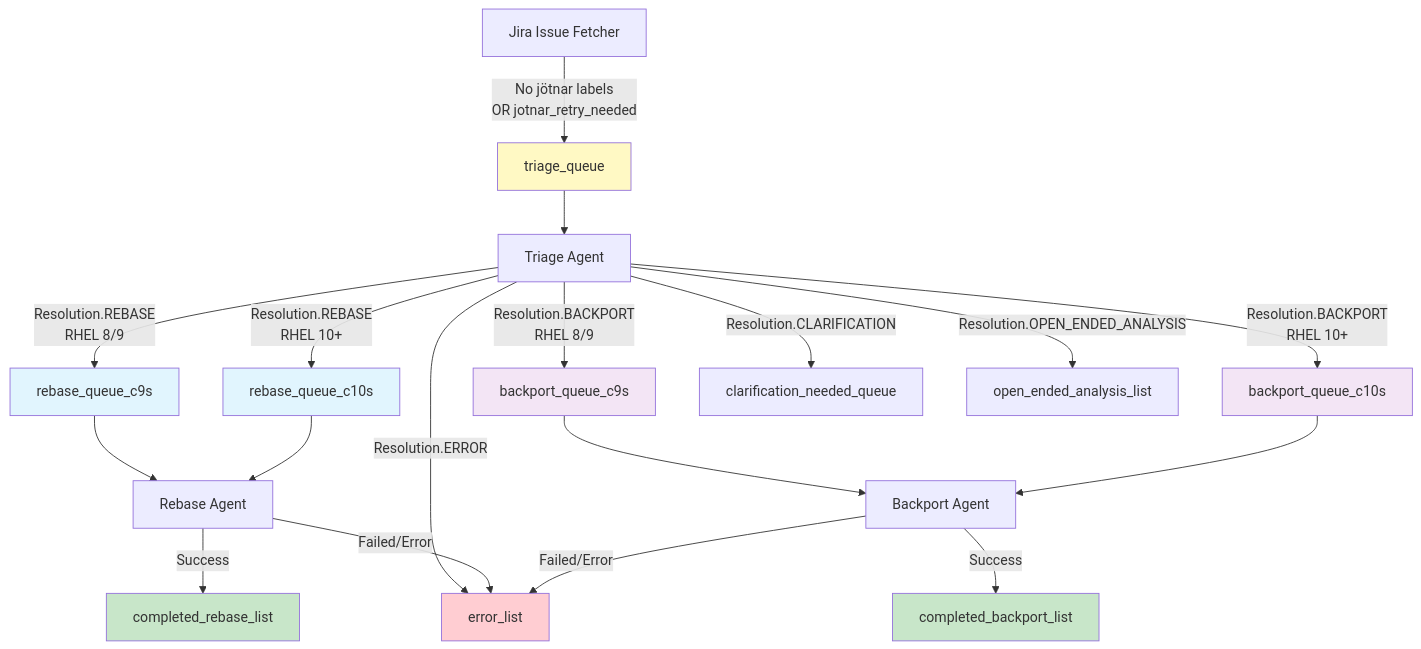
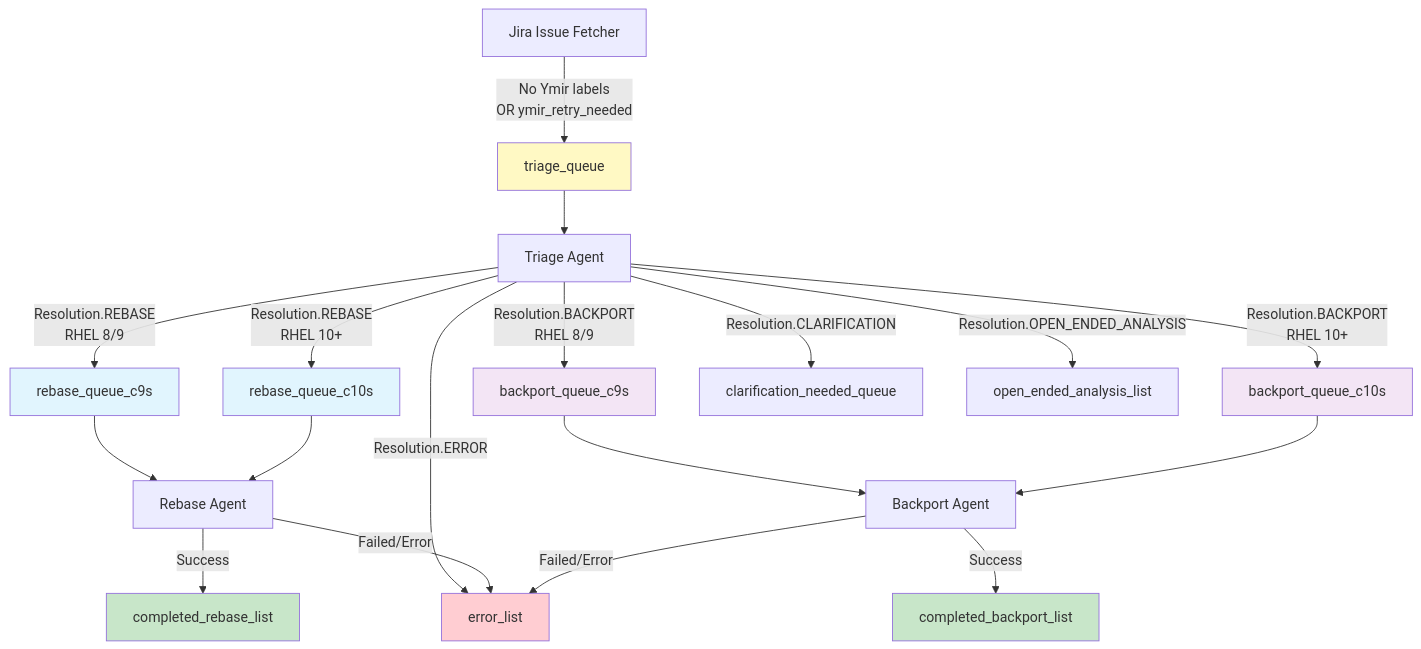
The second of 3 diagrams in jira_label_workflow_routing.md (packit/ai-workflows), drawn with Mermaid before and after one commit. The commit also changed other lines of this file and 28 other files, not shown here.

First line of the commit message:
Rename Jotnar to Ymir in user-visible text and Jira labels

````diff
--- a/jira_label_workflow_routing.md
+++ b/jira_label_workflow_routing.md
@@ -29,35 +29,35 @@
 ```mermaid
 flowchart TD
     FETCH[Jira Issue Fetcher]
 
-    FETCH -->|No jötnar labels<br/>OR jotnar_retry_needed| TRIAGE[triage_queue]
+    FETCH -->|No Ymir labels<br/>OR ymir_retry_needed| TRIAGE[triage_queue]
 
     TRIAGE --> TRIAGE_AGENT[Triage Agent]
 
     TRIAGE_AGENT -->|Resolution.REBASE<br/>RHEL 8/9| REBASE_C9S[rebase_queue_c9s]
     TRIAGE_AGENT -->|Resolution.REBASE<br/>RHEL 10+| REBASE_C10S[rebase_queue_c10s]
     TRIAGE_AGENT -->|Resolution.BACKPORT<br/>RHEL 8/9| BACKPORT_C9S[backport_queue_c9s]
     TRIAGE_AGENT -->|Resolution.BACKPORT<br/>RHEL 10+| BACKPORT_C10S[backport_queue_c10s]
     TRIAGE_AGENT -->|Resolution.CLARIFICATION| CLARIFY[clarification_needed_queue]
     TRIAGE_AGENT -->|Resolution.OPEN_ENDED_ANALYSIS| ANALYSIS[open_ended_analysis_list]
     TRIAGE_AGENT -->|Resolution.ERROR| ERROR[error_list]
 
     REBASE_C9S --> REBASE_AGENT[Rebase Agent]
     REBASE_C10S --> REBASE_AGENT
     BACKPORT_C9S --> BACKPORT_AGENT[Backport Agent]
     BACKPORT_C10S --> BACKPORT_AGENT
 
     REBASE_AGENT -->|Success| COMPLETED_R[completed_rebase_list]
     REBASE_AGENT -->|Failed/Error| ERROR
     BACKPORT_AGENT -->|Success| COMPLETED_B[completed_backport_list]
     BACKPORT_AGENT -->|Failed/Error| ERROR
 
     style TRIAGE fill:#fff9c4
     style REBASE_C9S fill:#e1f5fe
     style REBASE_C10S fill:#e1f5fe
     style BACKPORT_C9S fill:#f3e5f5
     style BACKPORT_C10S fill:#f3e5f5
     style ERROR fill:#ffcdd2
     style COMPLETED_R fill:#c8e6c9
     style COMPLETED_B fill:#c8e6c9
 ```
````
